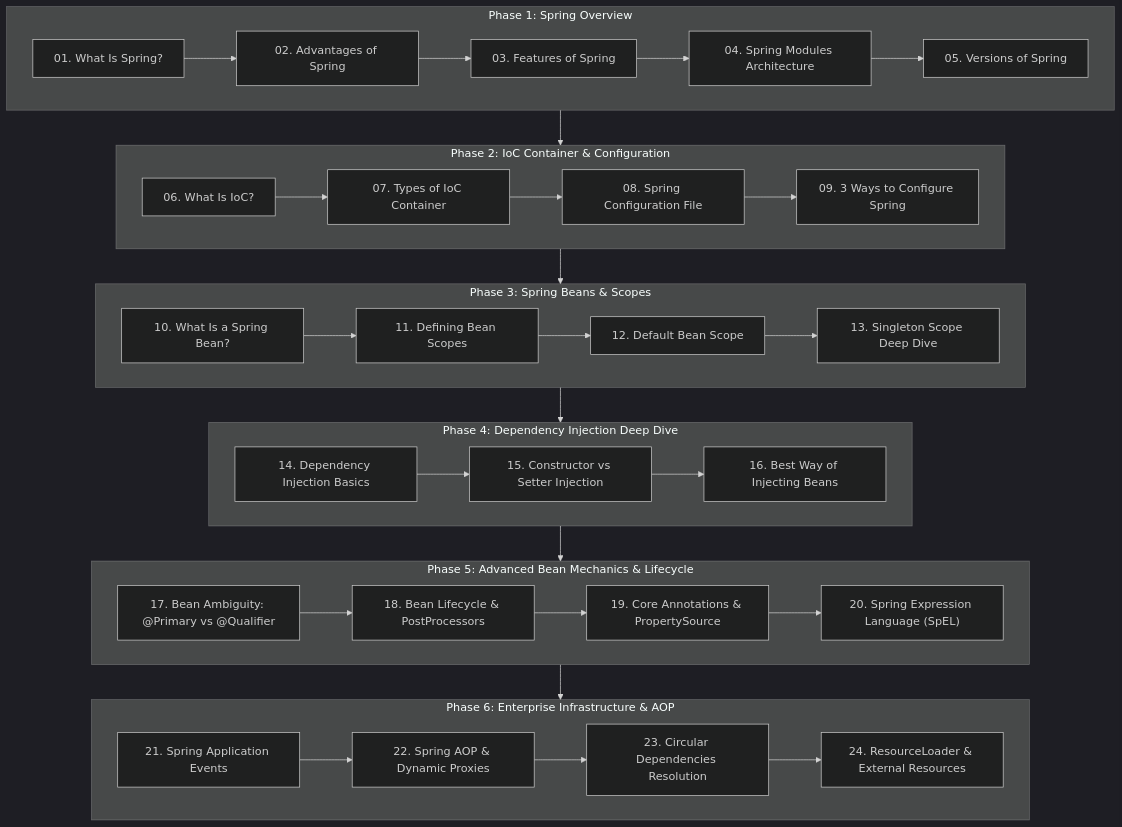
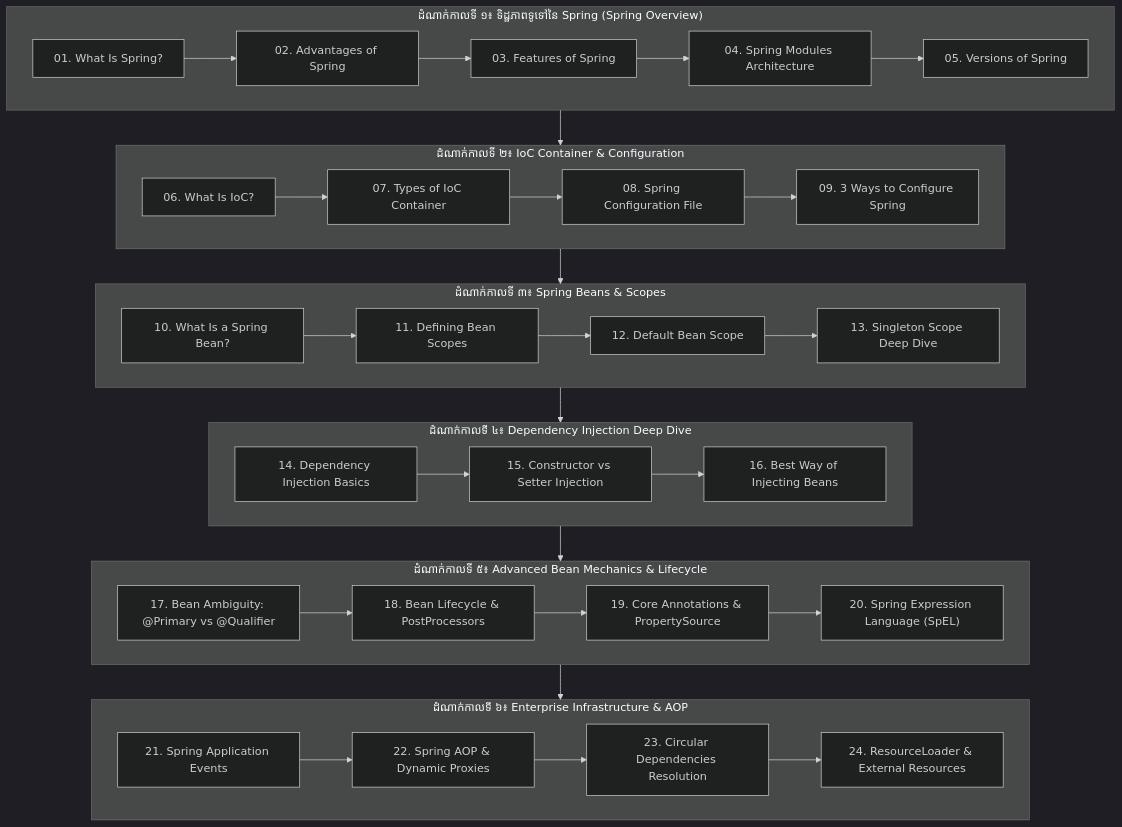
Before and after one commit to sakousa856-sketch/java-spring-for-developers-khmer: the diagram in 03-spring-framework/README.md, drawn with Mermaid (dark theme). The commit also changed other lines of this file and 290 other files, not shown here.

````diff
--- a/03-spring-framework/README.md
+++ b/03-spring-framework/README.md
@@ -35,40 +33,41 @@
 ```mermaid
 flowchart TD
-    subgraph L1["Phase 1: Spring Overview"]
+    subgraph L1["ដំណាក់កាលទី ១៖ ទិដ្ឋភាពទូទៅនៃ Spring (Spring Overview)"]
         S1["01. What Is Spring?"] --> S2["02. Advantages of Spring"]
         S2 --> S3["03. Features of Spring"]
         S3 --> S4["04. Spring Modules Architecture"]
         S4 --> S5["05. Versions of Spring"]
     end
 
-    subgraph L2["Phase 2: IoC Container & Configuration"]
+    subgraph L2["ដំណាក់កាលទី ២៖ IoC Container & Configuration"]
         S6["06. What Is IoC?"] --> S7["07. Types of IoC Container"]
         S7 --> S8["08. Spring Configuration File"]
         S8 --> S9["09. 3 Ways to Configure Spring"]
     end
 
-    subgraph L3["Phase 3: Spring Beans & Scopes"]
+    subgraph L3["ដំណាក់កាលទី ៣៖ Spring Beans & Scopes"]
         S10["10. What Is a Spring Bean?"] --> S11["11. Defining Bean Scopes"]
         S11 --> S12["12. Default Bean Scope"]
         S12 --> S13["13. Singleton Scope Deep Dive"]
     end
 
-    subgraph L4["Phase 4: Dependency Injection Deep Dive"]
+    subgraph L4["ដំណាក់កាលទី ៤៖ Dependency Injection Deep Dive"]
         S14["14. Dependency Injection Basics"] --> S15["15. Constructor vs Setter Injection"]
         S15 --> S16["16. Best Way of Injecting Beans"]
     end
 
-    subgraph L5["Phase 5: Advanced Bean Mechanics & Lifecycle"]
+    subgraph L5["ដំណាក់កាលទី ៥៖ Advanced Bean Mechanics & Lifecycle"]
         S17["17. Bean Ambiguity: @Primary vs @Qualifier"] --> S18["18. Bean Lifecycle & PostProcessors"]
         S18 --> S19["19. Core Annotations & PropertySource"]
         S19 --> S20["20. Spring Expression Language (SpEL)"]
     end
 
-    subgraph L6["Phase 6: Enterprise Infrastructure & AOP"]
+    subgraph L6["ដំណាក់កាលទី ៦៖ Enterprise Infrastructure & AOP"]
         S21["21. Spring Application Events"] --> S22["22. Spring AOP & Dynamic Proxies"]
         S22 --> S23["23. Circular Dependencies Resolution"]
         S23 --> S24["24. ResourceLoader & External Resources"]
     end
 
     L1 --> L2 --> L3 --> L4 --> L5 --> L6
+
 ```
````
